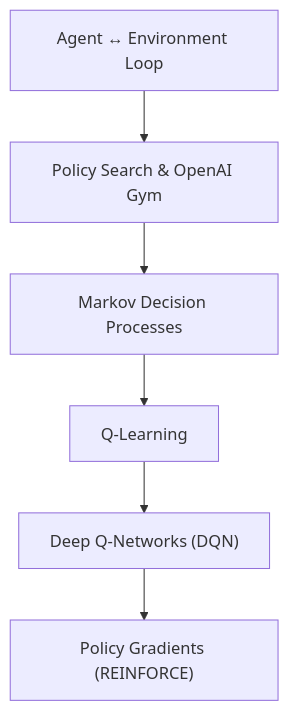
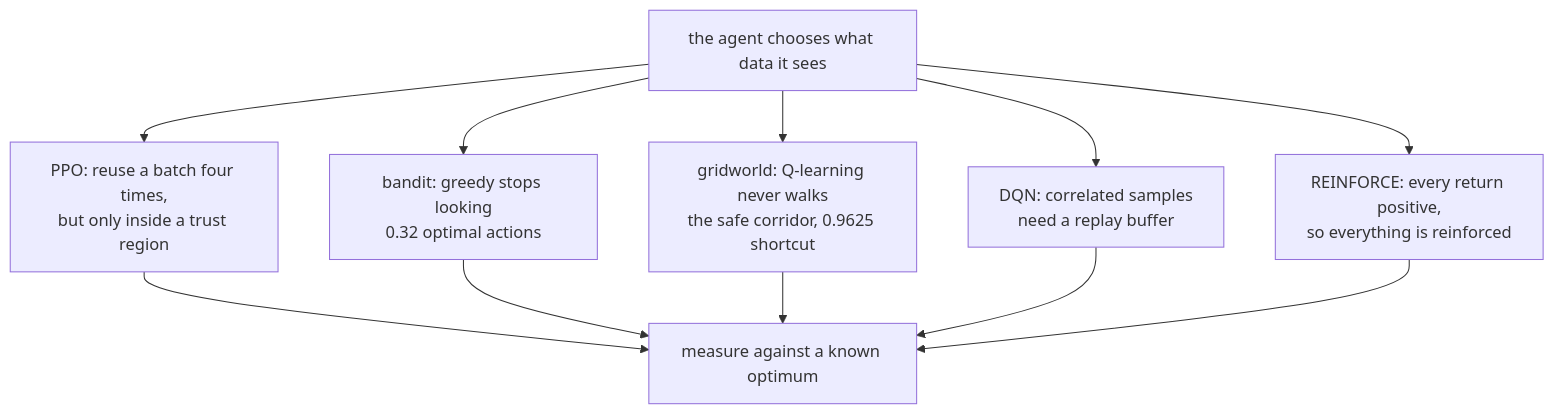
One commit to Ravikisha/PythonCentralHub changed the diagram in src/content/docs/Deep Learning/Phase 07 - Reinforcement Learning/Phase 7 - Reinforcement Learning.mdx. Above: the diagram before and after it, drawn with Mermaid. The commit also changed other lines of this file and 626 other files, not shown here.

Commit message:
feat(deep-learning): rebuild the module around measured results

````diff
--- a/src/content/docs/Deep Learning/Phase 07 - Reinforcement Learning/Phase 7 - Reinforcement Learning.mdx
+++ b/src/content/docs/Deep Learning/Phase 07 - Reinforcement Learning/Phase 7 - Reinforcement Learning.mdx
@@ -25,8 +57,13 @@
 ```mermaid
 flowchart TD
-  A["Agent ↔ Environment Loop"] --> B["Policy Search & OpenAI Gym"]
-  B --> C["Markov Decision Processes"]
-  C --> D["Q-Learning"]
-  D --> E["Deep Q-Networks (DQN)"]
-  E --> F["Policy Gradients (REINFORCE)"]
+  E["the agent chooses what data it sees"] --> B["bandit: greedy stops looking<br/>0.32 optimal actions"]
+  E --> G["gridworld: Q-learning never walks<br/>the safe corridor, 0.9625 shortcut"]
+  E --> D["DQN: correlated samples<br/>need a replay buffer"]
+  E --> P["REINFORCE: every return positive,<br/>so everything is reinforced"]
+  E --> A["PPO: reuse a batch four times,<br/>but only inside a trust region"]
+  A --> M
+  B --> M["measure against a known optimum"]
+  G --> M
+  D --> M
+  P --> M
 ```
````
